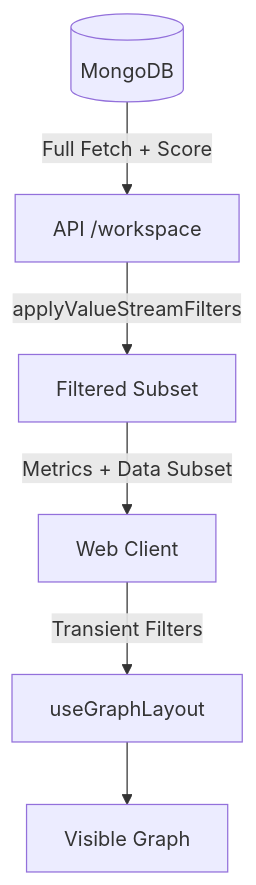
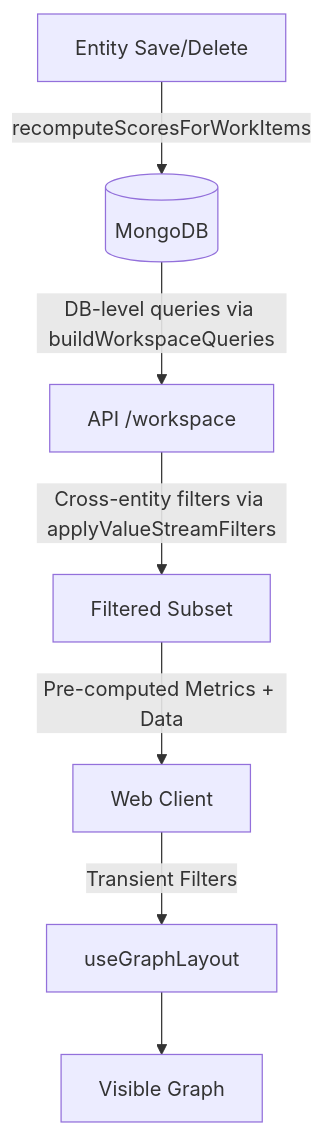
Before and after one commit to AlesKracik/ValueStream-DependencyTree: the diagram in doc/VALUESTREAMS.md, drawn with Mermaid. The commit also changed other lines of this file and 17 other files, not shown here.

First line of the commit message:
feat: Pre-compute RICE scores on WorkItem documents for DB-level filtering

````diff
--- a/doc/VALUESTREAMS.md
+++ b/doc/VALUESTREAMS.md
@@ -56,8 +57,9 @@
 ```mermaid
 graph TD
-    DB[(MongoDB)] -->|Full Fetch + Score| API[API /workspace]
-    API -->|applyValueStreamFilters| Filtered[Filtered Subset]
-    Filtered -->|Metrics + Data Subset| UI[Web Client]
+    DB[(MongoDB)] -->|DB-level queries via buildWorkspaceQueries| API[API /workspace]
+    API -->|Cross-entity filters via applyValueStreamFilters| Filtered[Filtered Subset]
+    Filtered -->|Pre-computed Metrics + Data| UI[Web Client]
     UI -->|Transient Filters| Layout[useGraphLayout]
     Layout --> Render[Visible Graph]
+    Save[Entity Save/Delete] -->|recomputeScoresForWorkItems| DB
 ```
````
